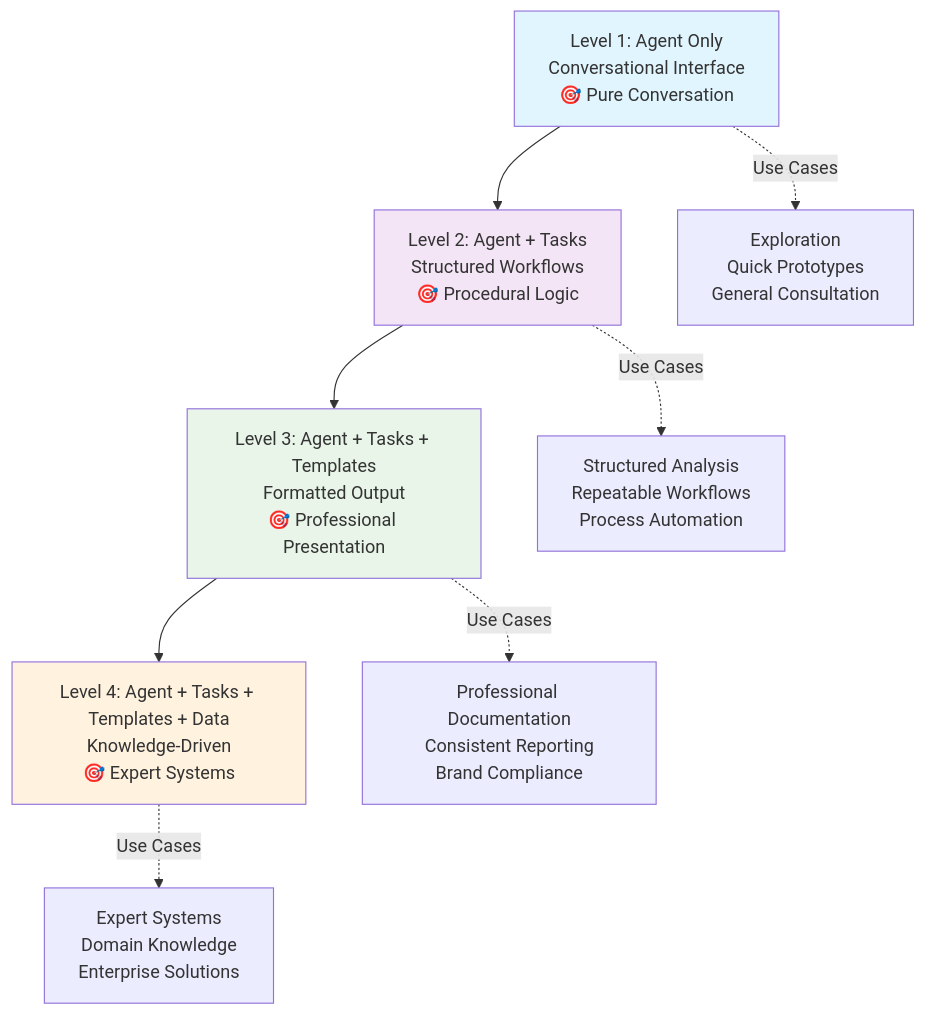
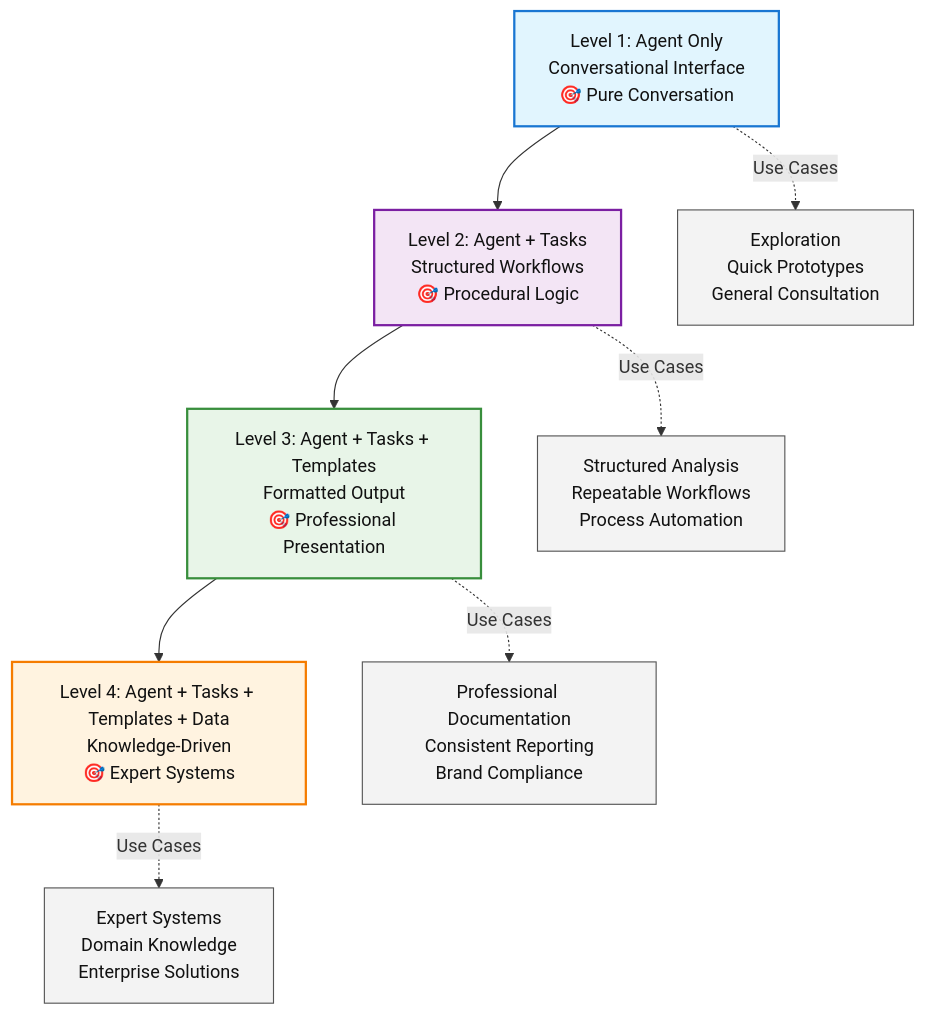
Before and after one commit to KubeRocketCI/kuberocketai: the third of 3 diagrams in docs/architecture/04-data-models.md, drawn with Mermaid. The commit also changed other lines of this file and 6 other files, not shown here.

Commit message:
docs: Align mermaid to dark theme

````diff
--- a/docs/architecture/04-data-models.md
+++ b/docs/architecture/04-data-models.md
@@ -1051,16 +1064,20 @@
 ```mermaid
 flowchart TD
     L1[Level 1: Agent Only<br/>Conversational Interface<br/>🎯 Pure Conversation] --> L2[Level 2: Agent + Tasks<br/>Structured Workflows<br/>🎯 Procedural Logic]
     L2 --> L3[Level 3: Agent + Tasks + Templates<br/>Formatted Output<br/>🎯 Professional Presentation]
     L3 --> L4[Level 4: Agent + Tasks + Templates + Data<br/>Knowledge-Driven<br/>🎯 Expert Systems]
 
     L1 -.->|Use Cases| UC1[Exploration<br/>Quick Prototypes<br/>General Consultation]
     L2 -.->|Use Cases| UC2[Structured Analysis<br/>Repeatable Workflows<br/>Process Automation]
     L3 -.->|Use Cases| UC3[Professional Documentation<br/>Consistent Reporting<br/>Brand Compliance]
     L4 -.->|Use Cases| UC4[Expert Systems<br/>Domain Knowledge<br/>Enterprise Solutions]
 
-    style L1 fill:#e1f5fe
-    style L2 fill:#f3e5f5
-    style L3 fill:#e8f5e8
-    style L4 fill:#fff3e0
+    style L1 fill:#e1f5fe,stroke:#1976d2,stroke-width:2px,color:#111
+    style L2 fill:#f3e5f5,stroke:#7b1fa2,stroke-width:2px,color:#111
+    style L3 fill:#e8f5e8,stroke:#388e3c,stroke-width:2px,color:#111
+    style L4 fill:#fff3e0,stroke:#f57c00,stroke-width:2px,color:#111
+    style UC1 fill:#f3f3f3,stroke:#555555,stroke-width:1px,color:#111
+    style UC2 fill:#f3f3f3,stroke:#555555,stroke-width:1px,color:#111
+    style UC3 fill:#f3f3f3,stroke:#555555,stroke-width:1px,color:#111
+    style UC4 fill:#f3f3f3,stroke:#555555,stroke-width:1px,color:#111
 ```
````
